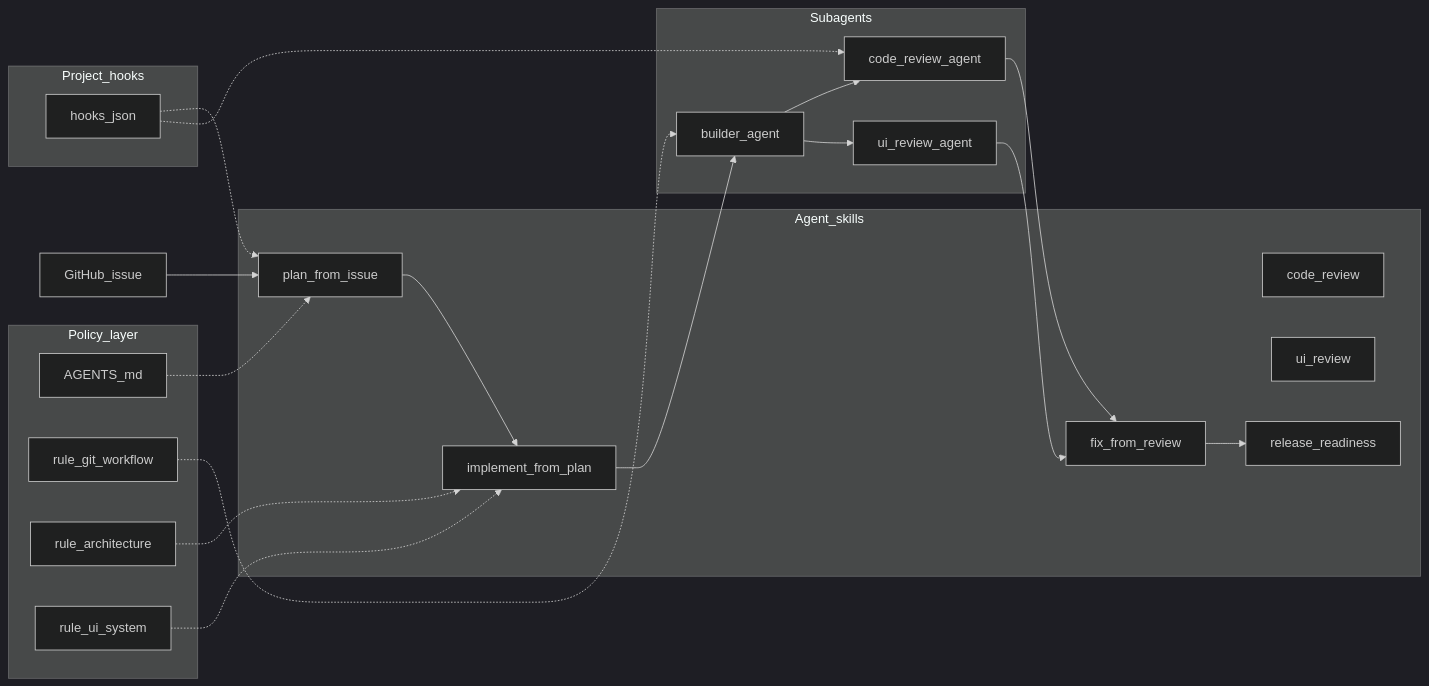
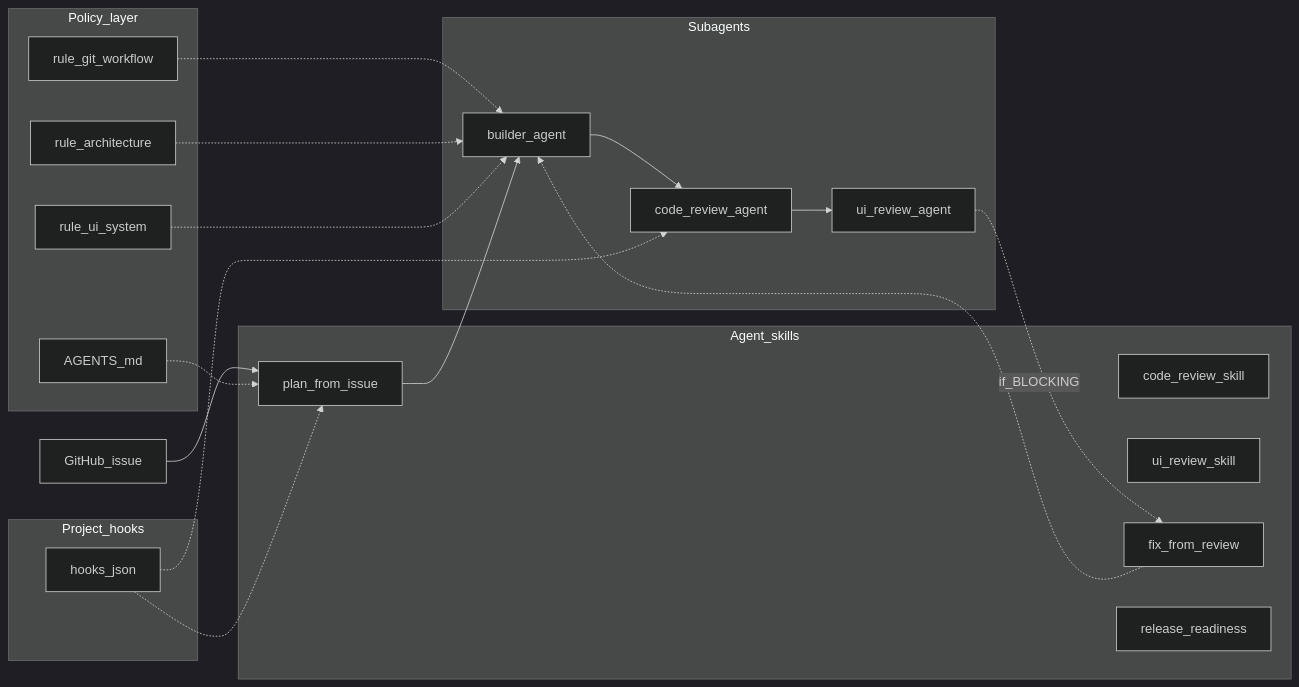
Before and after one commit to devkfmn/playground: the diagram in docs/cursor-operating-model-architecture.md, drawn with Mermaid (dark theme). The commit also changed other lines of this file and 15 other files, not shown here.

````diff
--- a/docs/cursor-operating-model-architecture.md
+++ b/docs/cursor-operating-model-architecture.md
@@ -19,39 +22,36 @@
 ```mermaid
 flowchart LR
   subgraph policy [Policy_layer]
     agentsMd[AGENTS_md]
     rulesGit[rule_git_workflow]
     rulesArch[rule_architecture]
     rulesUi[rule_ui_system]
   end
   subgraph skills [Agent_skills]
     skPlan[plan_from_issue]
-    skImpl[implement_from_plan]
-    skCode[code_review]
-    skUi[ui_review]
+    skCode[code_review_skill]
+    skUi[ui_review_skill]
     skFix[fix_from_review]
     skRel[release_readiness]
   end
   subgraph agents [Subagents]
     agBuild[builder_agent]
     agCode[code_review_agent]
     agUi[ui_review_agent]
   end
   subgraph hooks [Project_hooks]
     hj[hooks_json]
   end
   issue[GitHub_issue] --> skPlan
-  skPlan --> skImpl
-  skImpl --> agBuild
+  skPlan --> agBuild
   agBuild --> agCode
-  agBuild --> agUi
-  agCode --> skFix
-  agUi --> skFix
-  skFix --> skRel
+  agCode --> agUi
+  agUi -.->|if_BLOCKING| skFix
+  skFix -.-> agBuild
   agentsMd -.-> skPlan
   rulesGit -.-> agBuild
-  rulesArch -.-> skImpl
-  rulesUi -.-> skImpl
+  rulesArch -.-> agBuild
+  rulesUi -.-> agBuild
   hj -.-> skPlan
   hj -.-> agCode
 ```
````
